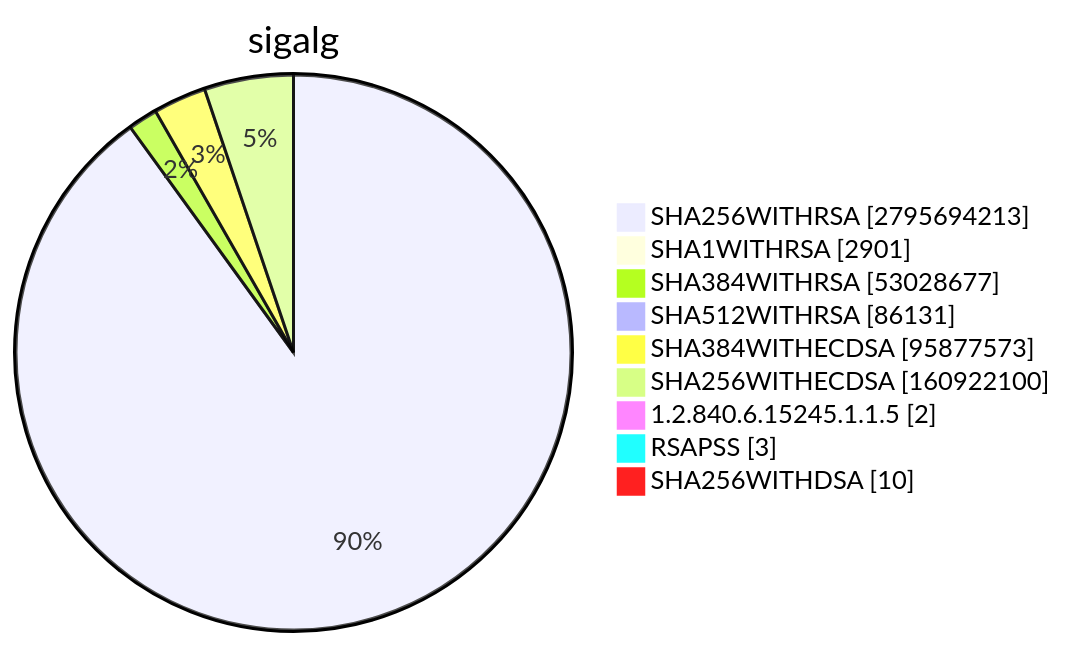
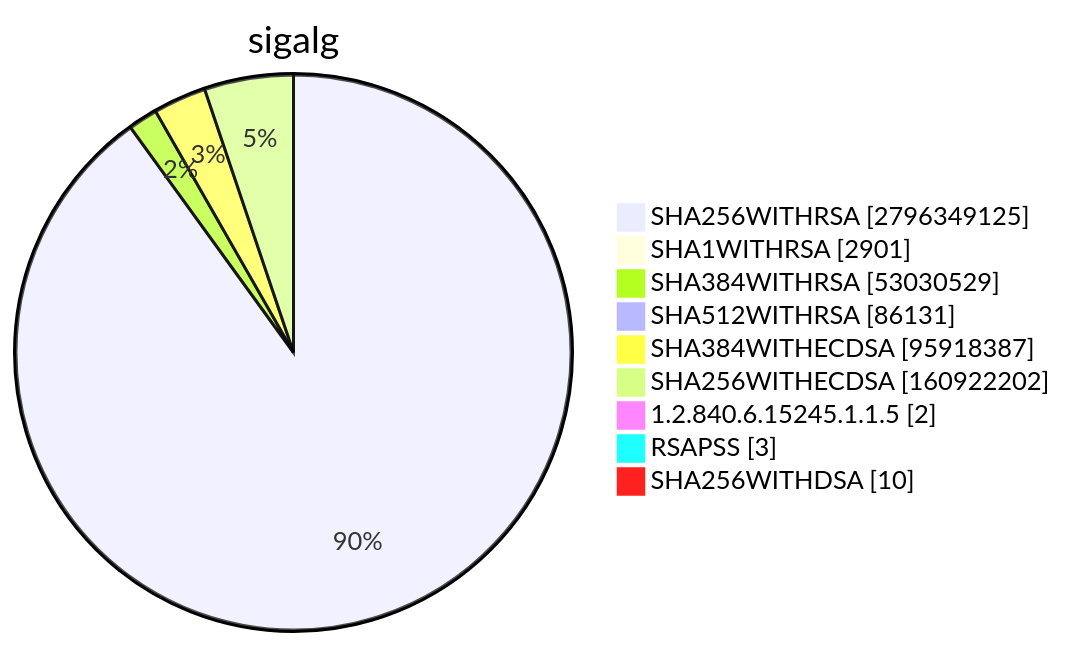
One commit to christiankrug/ctmonitor_visualization changed diagram 15 of 15 in TOTAL/README.md. Above: the diagram before and after it, drawn with Mermaid. The commit also changed other lines of this file, not shown here.

````diff
--- a/TOTAL/README.md
+++ b/TOTAL/README.md
@@ -6207,13 +6207,13 @@
 ```mermaid
 pie showData
 title sigalg
-"SHA256WITHRSA" :2795694213
+"SHA256WITHRSA" :2796349125
 "SHA1WITHRSA" :2901
-"SHA384WITHRSA" :53028677
+"SHA384WITHRSA" :53030529
 "SHA512WITHRSA" :86131
-"SHA384WITHECDSA" :95877573
-"SHA256WITHECDSA" :160922100
+"SHA384WITHECDSA" :95918387
+"SHA256WITHECDSA" :160922202
 "1.2.840.6.15245.1.1.5" :2
 "RSAPSS" :3
 "SHA256WITHDSA" :10
 ```
````
